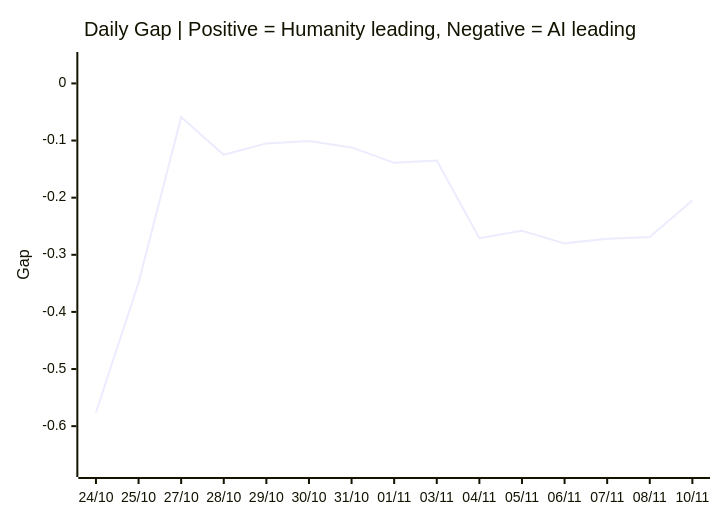
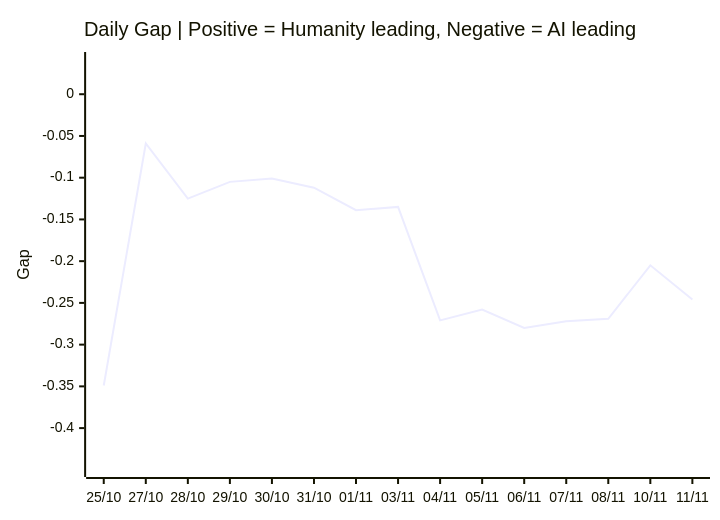
Before and after one commit to VQQLK/Human-AI-Monitor: the third of 3 diagrams in README.md, drawn with Mermaid. The commit also changed other lines of this file and 3 other files, not shown here.

````diff
--- a/README.md
+++ b/README.md
@@ -55,7 +55,7 @@
 ```mermaid
 xychart-beta
     title "Daily Gap | Positive = Humanity leading, Negative = AI leading"
-    x-axis ["24/10", "25/10", "27/10", "28/10", "29/10", "30/10", "31/10", "01/11", "03/11", "04/11", "05/11", "06/11", "07/11", "08/11", "10/11"]
-    y-axis "Gap" -0.675 --> 0.041
-    line [-0.576, -0.349, -0.059, -0.125, -0.105, -0.101, -0.112, -0.139, -0.135, -0.271, -0.258, -0.280, -0.272, -0.269, -0.205]
+    x-axis ["25/10", "27/10", "28/10", "29/10", "30/10", "31/10", "01/11", "03/11", "04/11", "05/11", "06/11", "07/11", "08/11", "10/11", "11/11"]
+    y-axis "Gap" -0.449 --> 0.041
+    line [-0.349, -0.059, -0.125, -0.105, -0.101, -0.112, -0.139, -0.135, -0.271, -0.258, -0.280, -0.272, -0.269, -0.205, -0.246]
 ```
````
